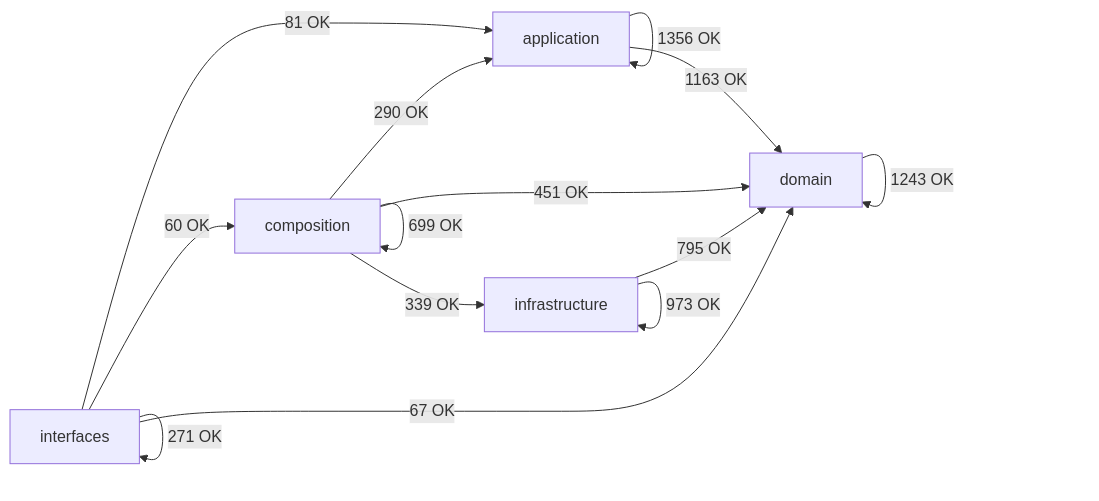
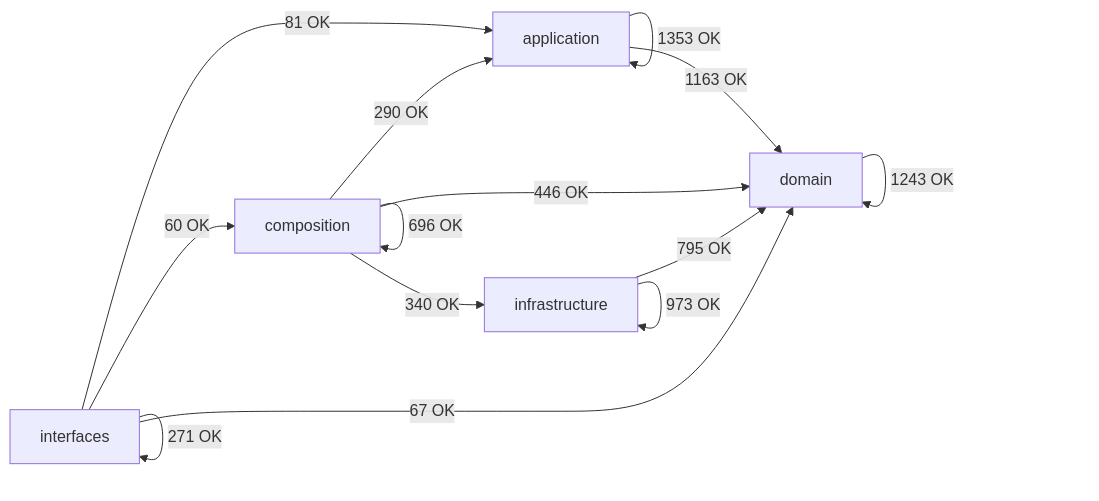
The diagram in docs/02-architecture/generated/module-dependency-map.md (SatoryKono/BioactivityDataAcquisition), drawn with Mermaid before and after one commit. The commit also changed other lines of this file and 29 other files, not shown here.

````diff
--- a/docs/02-architecture/generated/module-dependency-map.md
+++ b/docs/02-architecture/generated/module-dependency-map.md
@@ -17,21 +17,21 @@
 ```mermaid
 flowchart LR
     domain[domain]
     application[application]
     infrastructure[infrastructure]
     composition[composition]
     interfaces[interfaces]
-    application -->|1356 OK| application
+    application -->|1353 OK| application
     application -->|1163 OK| domain
     composition -->|290 OK| application
-    composition -->|699 OK| composition
-    composition -->|451 OK| domain
-    composition -->|339 OK| infrastructure
+    composition -->|696 OK| composition
+    composition -->|446 OK| domain
+    composition -->|340 OK| infrastructure
     domain -->|1243 OK| domain
     infrastructure -->|795 OK| domain
     infrastructure -->|973 OK| infrastructure
     interfaces -->|81 OK| application
     interfaces -->|60 OK| composition
     interfaces -->|67 OK| domain
     interfaces -->|271 OK| interfaces
 ```
````
